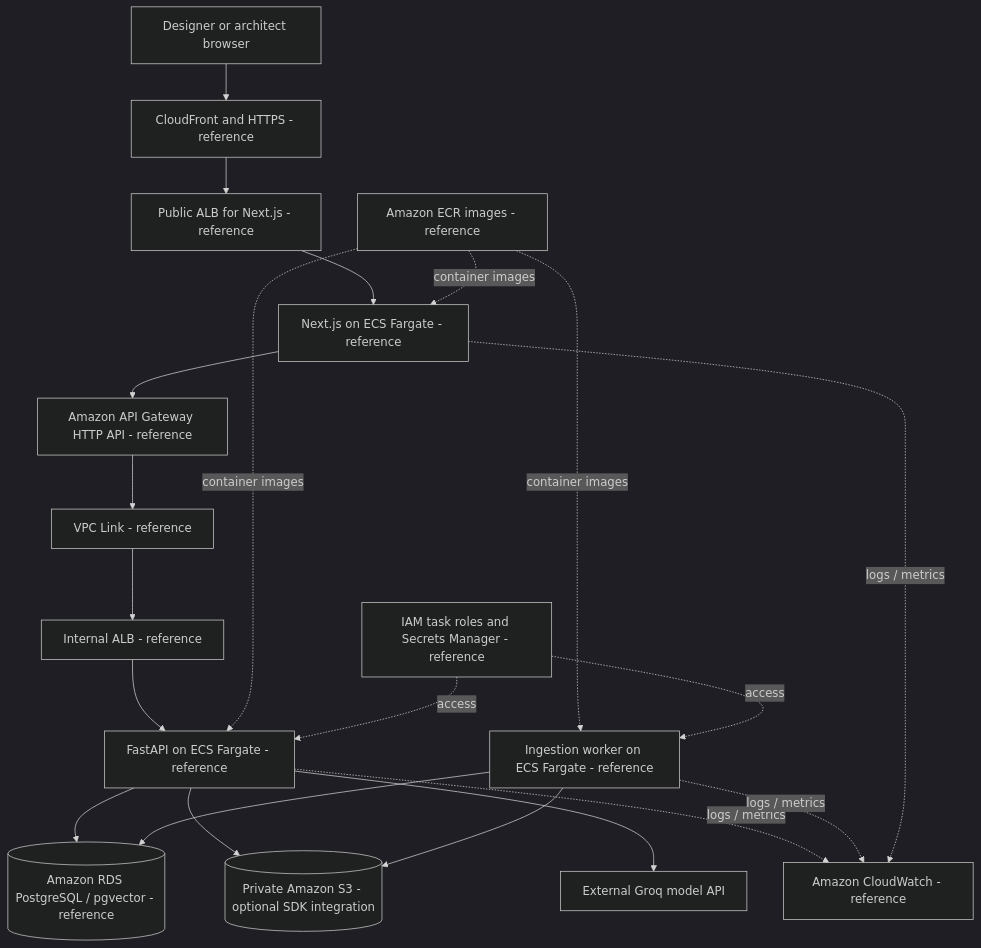
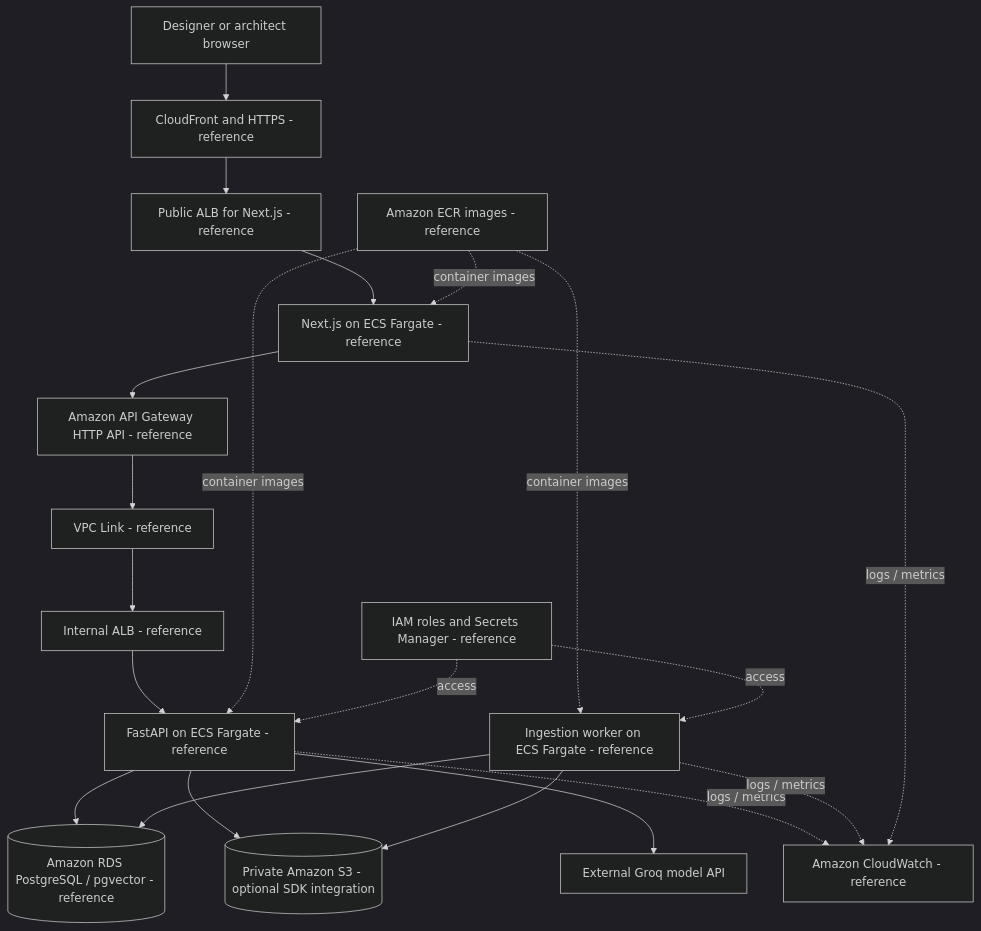
The third of 3 diagrams in docs/ARCHITECTURE.md (Thathsarani-Sandarekha/Enterprise-Knowledge-Intelligence), drawn with Mermaid (dark theme) before and after one commit. The commit also changed 30 other files, not shown here.

````diff
--- a/docs/ARCHITECTURE.md
+++ b/docs/ARCHITECTURE.md
@@ -61,23 +61,23 @@
 ```mermaid
 flowchart TB
   B[Designer or architect browser] --> CF[CloudFront and HTTPS - reference]
   CF --> ALBWEB[Public ALB for Next.js - reference]
   ALBWEB --> WEB[Next.js on ECS Fargate - reference]
   WEB --> APIGW[Amazon API Gateway HTTP API - reference]
   APIGW --> VPC[VPC Link - reference]
   VPC --> ALBAPI[Internal ALB - reference]
   ALBAPI --> API[FastAPI on ECS Fargate - reference]
   API --> RDS[(Amazon RDS PostgreSQL / pgvector - reference)]
   API --> S3[(Private Amazon S3 - optional SDK integration)]
   API --> GROQ[External Groq model API]
   WORKER[Ingestion worker on ECS Fargate - reference] --> S3
   WORKER --> RDS
   ECR[Amazon ECR images - reference] -. container images .-> WEB
   ECR -. container images .-> API
   ECR -. container images .-> WORKER
-  IAM[IAM task roles and Secrets Manager - reference] -. access .-> API
+  IAM[IAM roles and Secrets Manager - reference] -. access .-> API
   IAM -. access .-> WORKER
   API -. logs / metrics .-> CW[Amazon CloudWatch - reference]
   WORKER -. logs / metrics .-> CW
   WEB -. logs / metrics .-> CW
 ```
````
